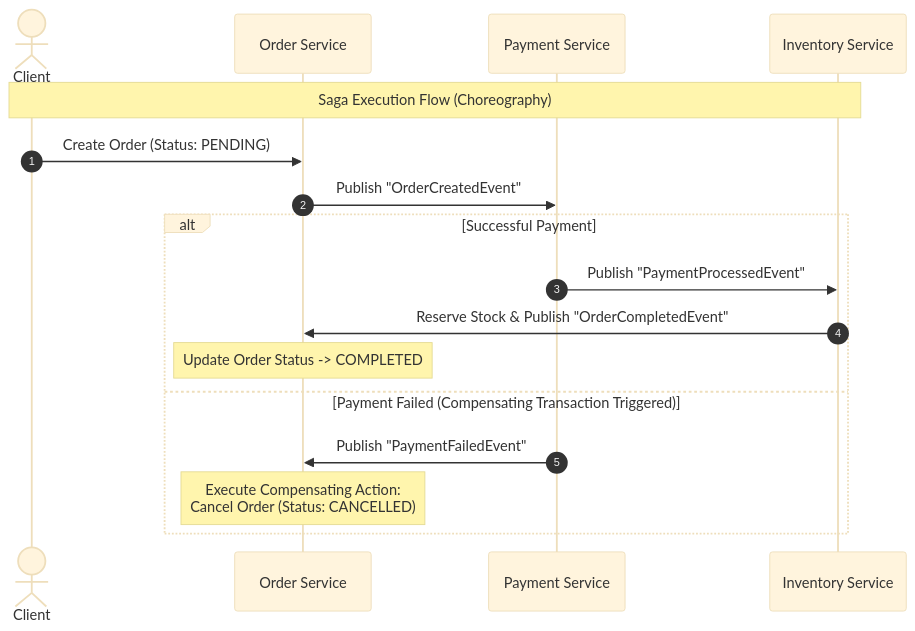
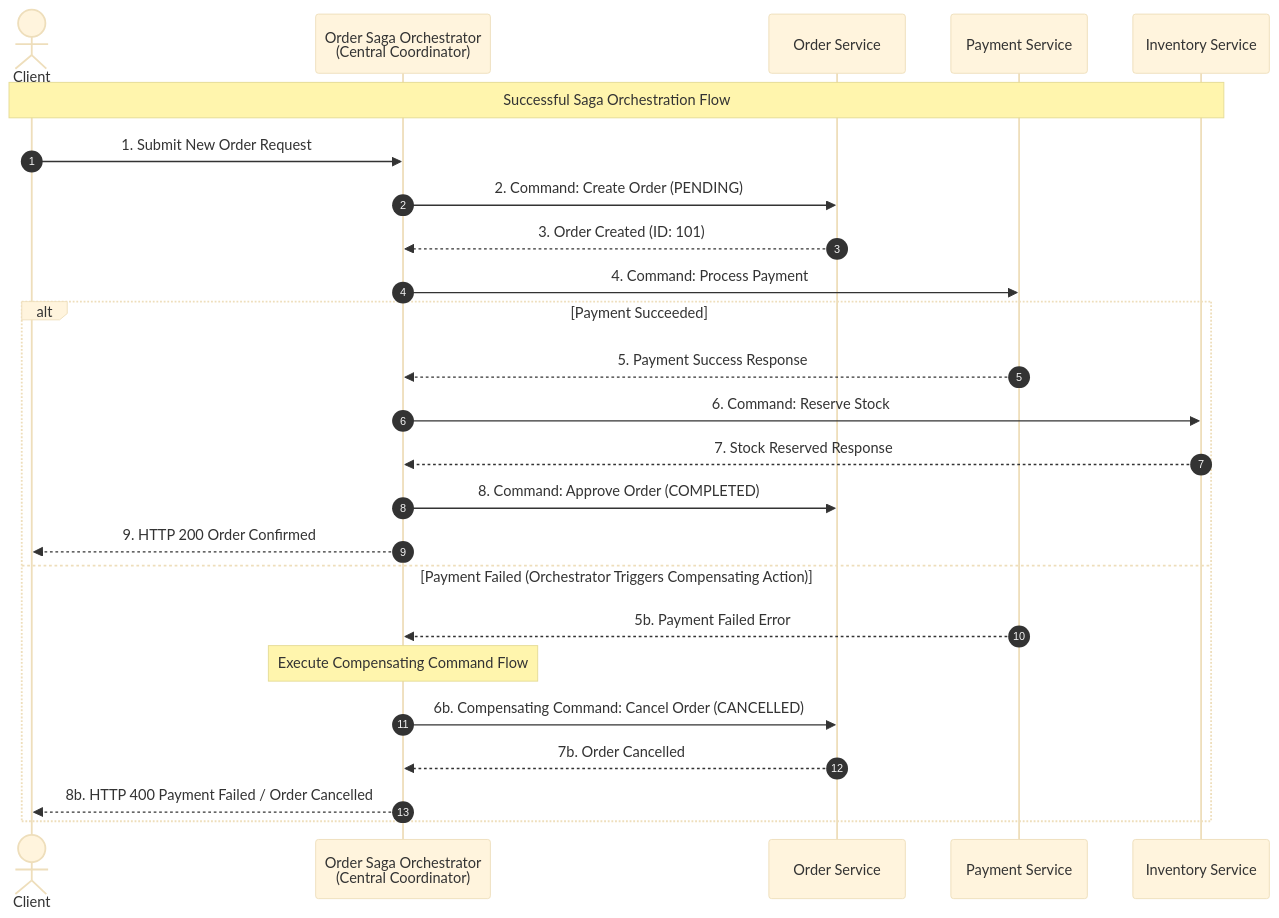
One commit to roy0111/springbootpractice changed the second of 5 diagrams in DESIGN_PATTERNS.md. Above: the diagram before and after it, drawn with Mermaid (base theme). The commit also changed other lines of this file, not shown here.

Commit message:
Update DESIGN_PATTERNS.md to exclusively feature Saga Orchestration Pattern with command coordinator flow

````diff
--- a/DESIGN_PATTERNS.md
+++ b/DESIGN_PATTERNS.md
@@ -52,21 +57,30 @@
 ```mermaid
 sequenceDiagram
     autonumber
     actor Client
+    participant Orchestrator as Order Saga Orchestrator<br/>(Central Coordinator)
     participant OrderService as Order Service
     participant PaymentService as Payment Service
     participant InventoryService as Inventory Service
 
-    Note over Client, InventoryService: Saga Execution Flow (Choreography)
-    Client->>OrderService: Create Order (Status: PENDING)
-    OrderService->>PaymentService: Publish "OrderCreatedEvent"
+    Note over Client, InventoryService: Successful Saga Orchestration Flow
+    Client->>Orchestrator: 1. Submit New Order Request
+    Orchestrator->>OrderService: 2. Command: Create Order (PENDING)
+    OrderService-->>Orchestrator: 3. Order Created (ID: 101)
     
-    alt Successful Payment
-        PaymentService->>InventoryService: Publish "PaymentProcessedEvent"
-        InventoryService->>OrderService: Reserve Stock & Publish "OrderCompletedEvent"
-        Note over OrderService: Update Order Status -> COMPLETED
-    else Payment Failed (Compensating Transaction Triggered)
-        PaymentService->>OrderService: Publish "PaymentFailedEvent"
-        Note over OrderService: Execute Compensating Action:<br/>Cancel Order (Status: CANCELLED)
+    Orchestrator->>PaymentService: 4. Command: Process Payment
+    
+    alt Payment Succeeded
+        PaymentService-->>Orchestrator: 5. Payment Success Response
+        Orchestrator->>InventoryService: 6. Command: Reserve Stock
+        InventoryService-->>Orchestrator: 7. Stock Reserved Response
+        Orchestrator->>OrderService: 8. Command: Approve Order (COMPLETED)
+        Orchestrator-->>Client: 9. HTTP 200 Order Confirmed
+    else Payment Failed (Orchestrator Triggers Compensating Action)
+        PaymentService-->>Orchestrator: 5b. Payment Failed Error
+        Note over Orchestrator: Execute Compensating Command Flow
+        Orchestrator->>OrderService: 6b. Compensating Command: Cancel Order (CANCELLED)
+        OrderService-->>Orchestrator: 7b. Order Cancelled
+        Orchestrator-->>Client: 8b. HTTP 400 Payment Failed / Order Cancelled
     end
 ```
````
